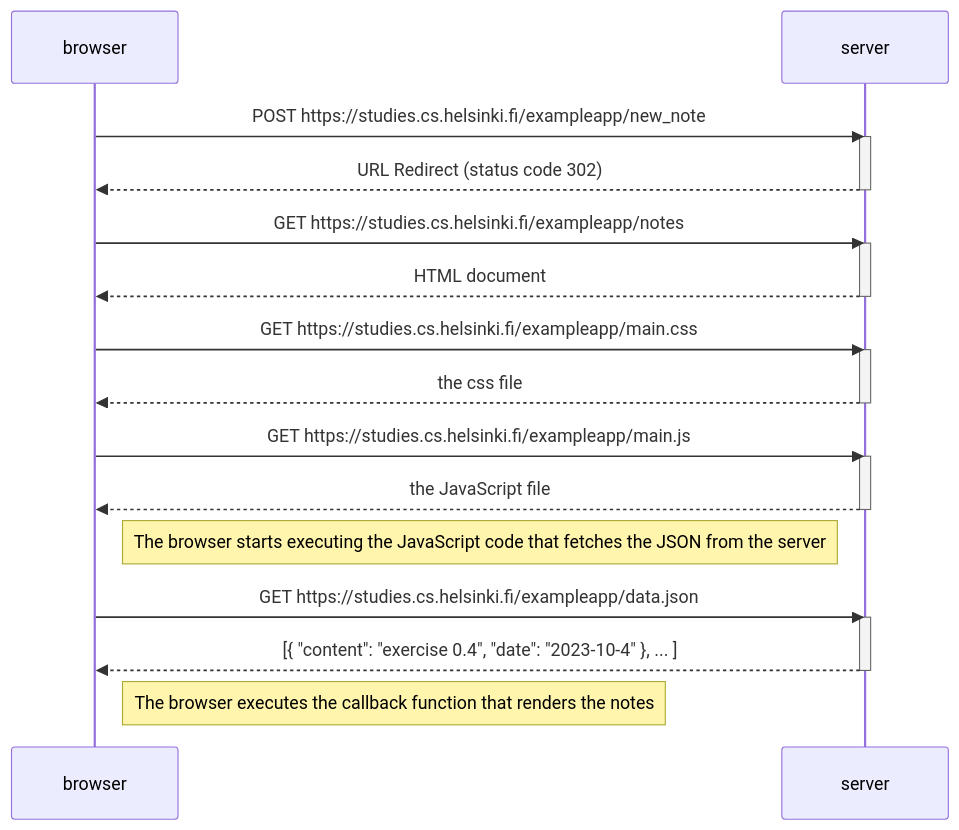
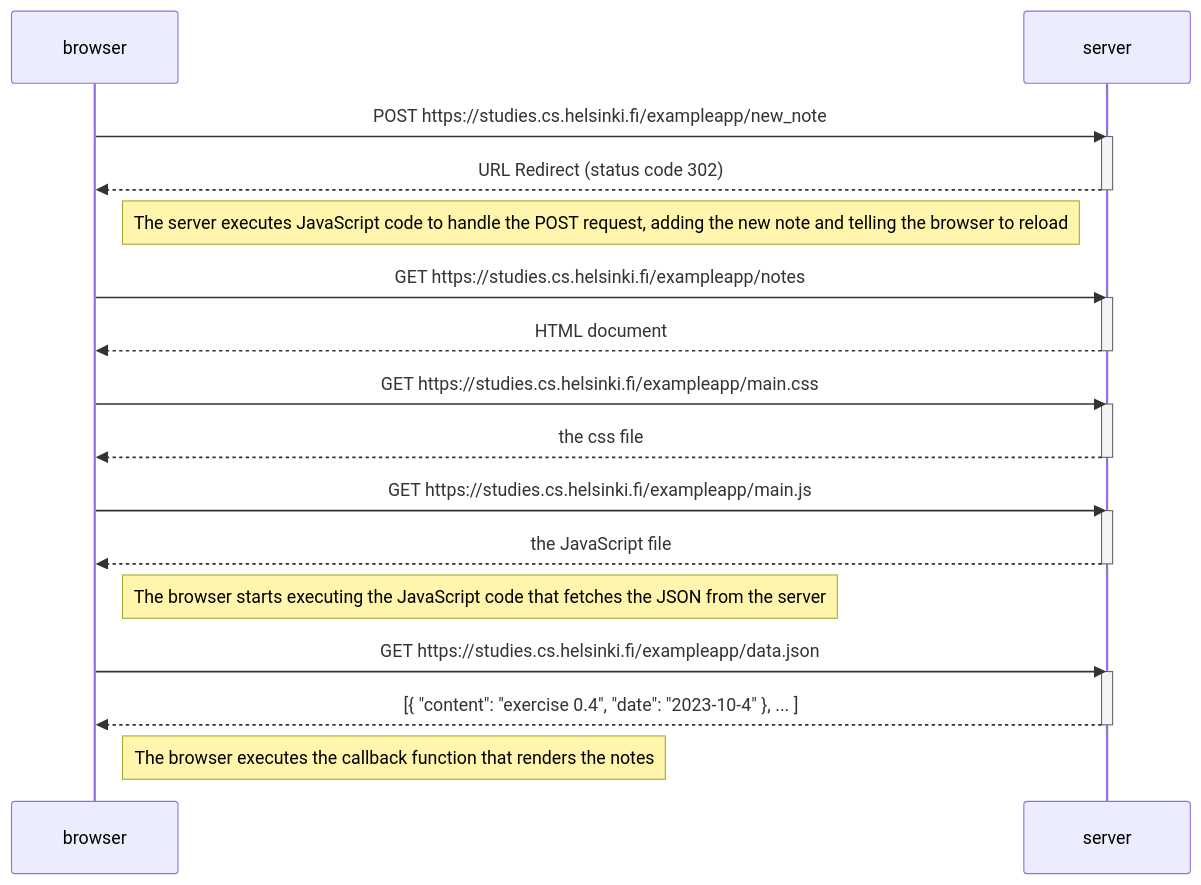
Before and after one commit to krn-hov/FullStackCourse: the diagram in Part0/ex0.4.md, drawn with Mermaid. The commit also changed 1 other file, not shown here.

Commit message:
Corrections and Exercise 6

````diff
--- a/Part0/ex0.4.md
+++ b/Part0/ex0.4.md
@@ -1,34 +1,36 @@
 ```mermaid
 sequenceDiagram
     participant browser
     participant server
 
     browser->>server: POST https://studies.cs.helsinki.fi/exampleapp/new_note
     activate server
     server-->>browser: URL Redirect (status code 302)
     deactivate server
+
+    Note right of browser: The server executes JavaScript code to handle the POST request, adding the new note and telling the browser to reload
 
     browser->>server: GET https://studies.cs.helsinki.fi/exampleapp/notes
     activate server
     server-->>browser: HTML document
     deactivate server
 
     browser->>server: GET https://studies.cs.helsinki.fi/exampleapp/main.css
     activate server
     server-->>browser: the css file
     deactivate server
 
     browser->>server: GET https://studies.cs.helsinki.fi/exampleapp/main.js
     activate server
     server-->>browser: the JavaScript file
     deactivate server
 
     Note right of browser: The browser starts executing the JavaScript code that fetches the JSON from the server
 
     browser->>server: GET https://studies.cs.helsinki.fi/exampleapp/data.json
     activate server
     server-->>browser: [{ "content": "exercise 0.4", "date": "2023-10-4" }, ... ]
     deactivate server
 
     Note right of browser: The browser executes the callback function that renders the notes
 ```
````
